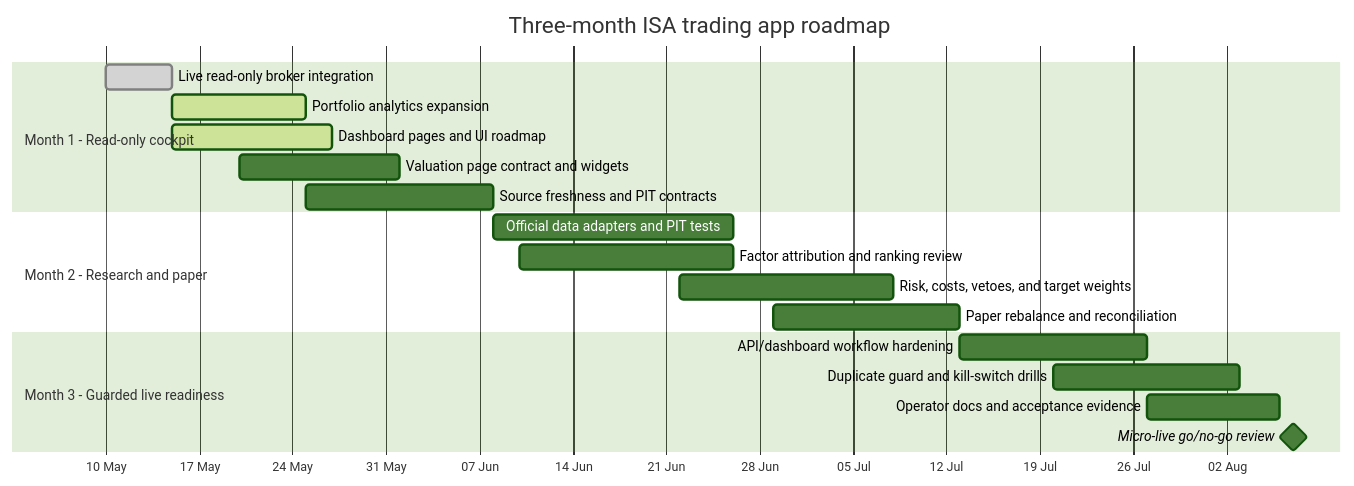
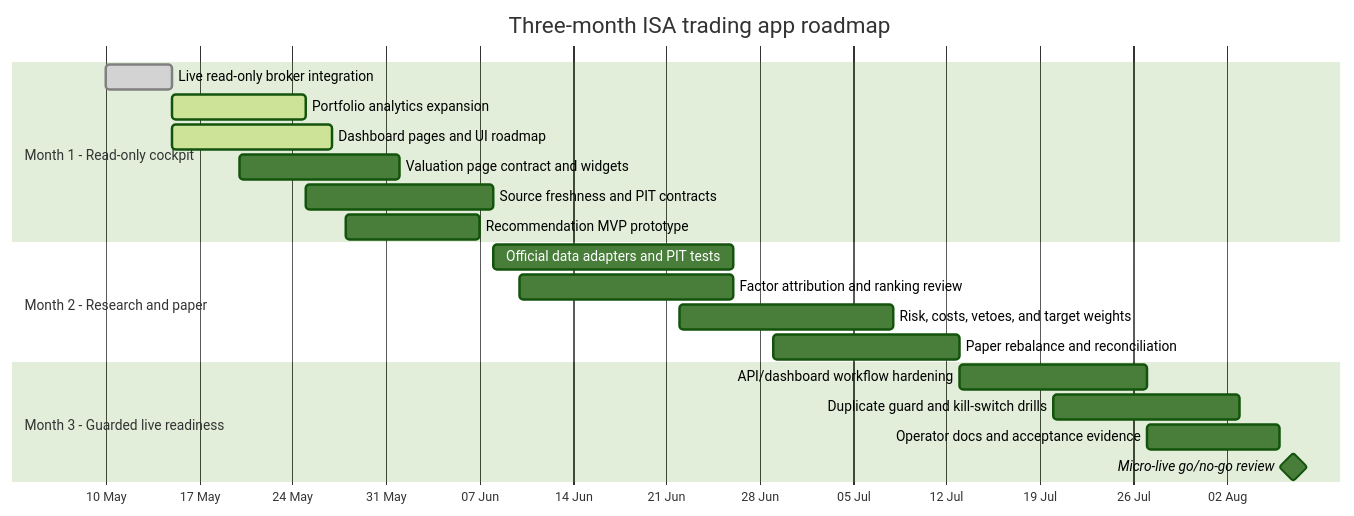
Before and after one commit to danielcoakley/t212: the diagram in docs/roadmap.md, drawn with Mermaid (forest theme). The commit also changed other lines of this file and 15 other files, not shown here.

Commit message:
Add review-only recommendation MVP

````diff
--- a/docs/roadmap.md
+++ b/docs/roadmap.md
@@ -70,25 +75,26 @@
 ```mermaid
 gantt
     title Three-month ISA trading app roadmap
     dateFormat  YYYY-MM-DD
     axisFormat  %d %b
 
     section Month 1 - Read-only cockpit
     Live read-only broker integration       :done, m1a, 2026-05-10, 5d
     Portfolio analytics expansion           :active, m1b, 2026-05-15, 10d
     Dashboard pages and UI roadmap          :active, m1c, 2026-05-15, 12d
     Valuation page contract and widgets     :m1d, 2026-05-20, 12d
     Source freshness and PIT contracts      :m1e, 2026-05-25, 14d
+    Recommendation MVP prototype            :m1f, 2026-05-28, 10d
 
     section Month 2 - Research and paper
     Official data adapters and PIT tests    :m2a, 2026-06-08, 18d
     Factor attribution and ranking review   :m2b, 2026-06-10, 16d
     Risk, costs, vetoes, and target weights :m2c, 2026-06-22, 16d
     Paper rebalance and reconciliation      :m2d, 2026-06-29, 14d
 
     section Month 3 - Guarded live readiness
     API/dashboard workflow hardening        :m3a, 2026-07-13, 14d
     Duplicate guard and kill-switch drills  :m3b, 2026-07-20, 14d
     Operator docs and acceptance evidence   :m3c, 2026-07-27, 10d
     Micro-live go/no-go review              :milestone, m3d, 2026-08-07, 0d
 ```
````
